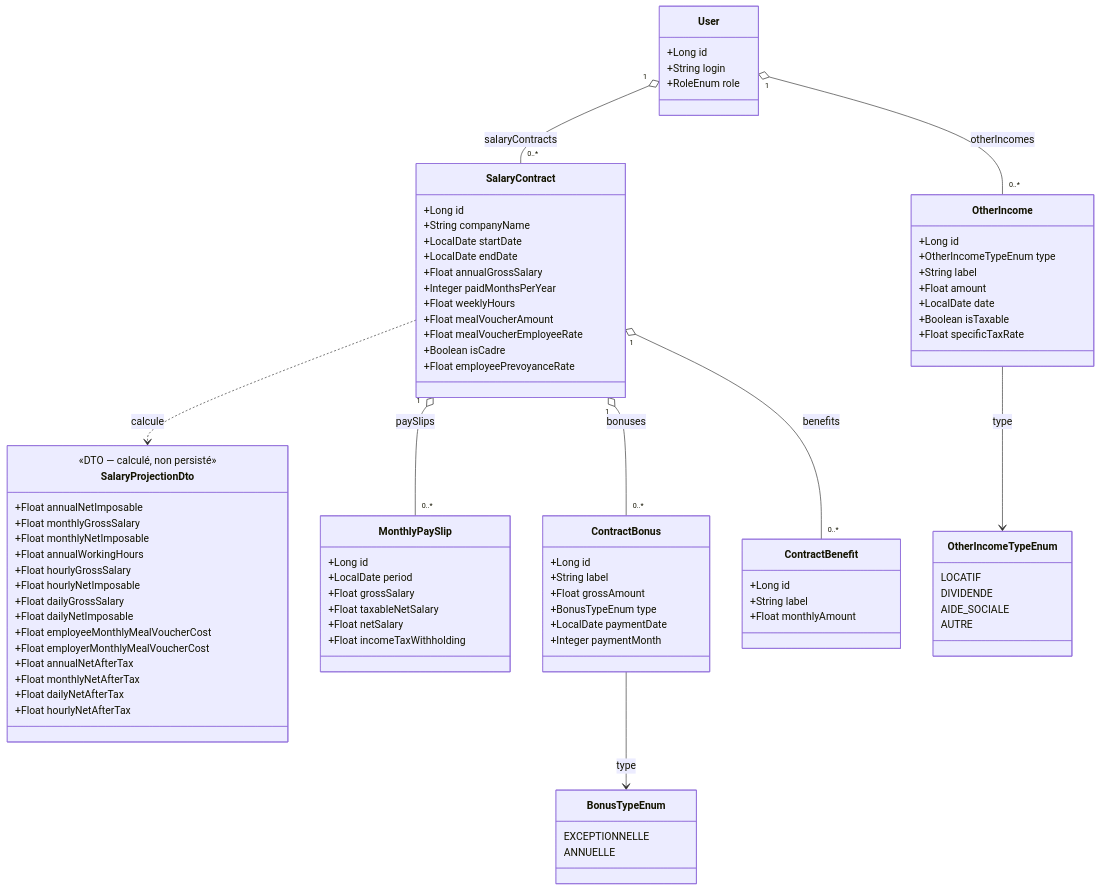
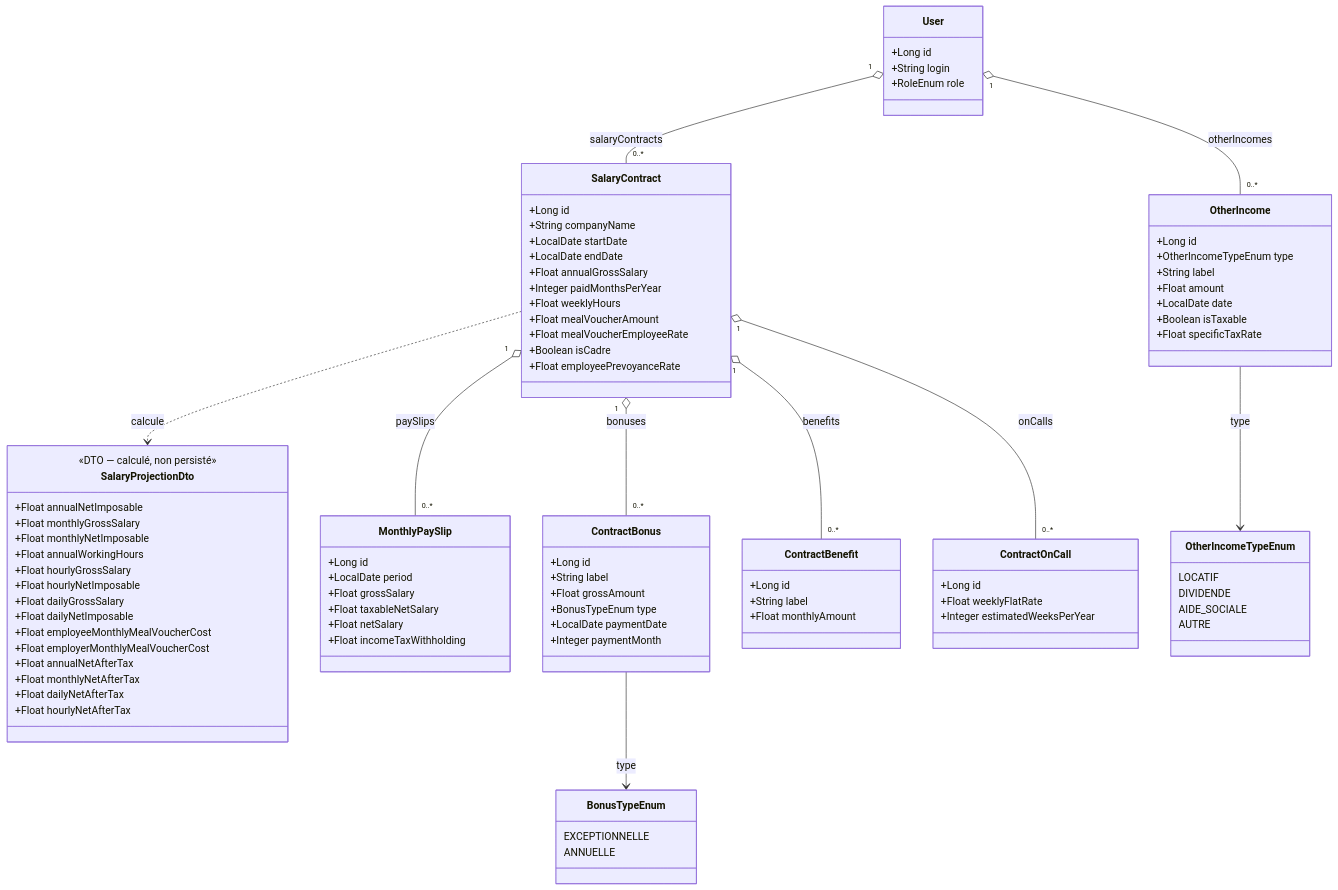
One commit to Neogost/MyFinance changed the diagram in docs/architecture/salary.md. Above: the diagram before and after it, drawn with Mermaid. The commit also changed other lines of this file and 18 other files, not shown here.

First line of the commit message:
feat(income): gestion des astreintes et gardes (ContractOnCall)

````diff
--- a/docs/architecture/salary.md
+++ b/docs/architecture/salary.md
@@ -420,6 +491,11 @@
         +String label
         +Float monthlyAmount
     }
+    class ContractOnCall {
+        +Long id
+        +Float weeklyFlatRate
+        +Integer estimatedWeeksPerYear
+    }
     class OtherIncome {
         +Long id
         +OtherIncomeTypeEnum type
@@ -447,6 +523,7 @@
     SalaryContract "1" o-- "0..*" ContractBonus : bonuses
     ContractBonus --> BonusTypeEnum : type
     SalaryContract "1" o-- "0..*" ContractBenefit : benefits
+    SalaryContract "1" o-- "0..*" ContractOnCall : onCalls
     User "1" o-- "0..*" OtherIncome : otherIncomes
     OtherIncome --> OtherIncomeTypeEnum : type
 ```
````
